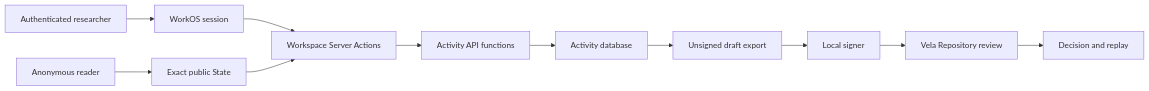
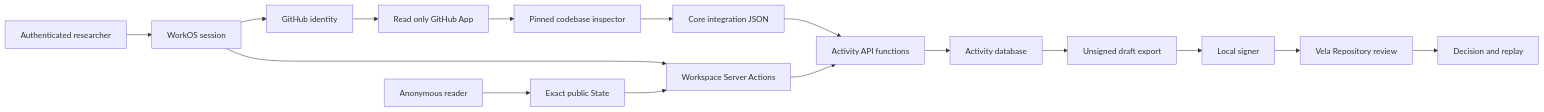
Before and after one commit to vela-science/problems: the diagram in docs/security/vela-web-threat-model.md, drawn with Mermaid. The commit also changed other lines of this file and 38 other files, not shown here.

Commit message:
Add rooted GitHub codebase onboarding

````diff
--- a/docs/security/vela-web-threat-model.md
+++ b/docs/security/vela-web-threat-model.md
@@ -151,13 +177,18 @@
 ```mermaid
 flowchart LR
   Public["Anonymous reader"] --> State["Exact public State"]
   User["Authenticated researcher"] --> Auth["WorkOS session"]
+  Auth --> Identity["GitHub identity"]
+  Identity --> App["Read only GitHub App"]
+  App --> Import["Pinned codebase inspector"]
+  Import --> Core["Core integration JSON"]
+  Core --> API
   Auth --> Actions["Workspace Server Actions"]
   State --> Actions
   Actions --> API["Activity API functions"]
   API --> DB["Activity database"]
   DB --> Export["Unsigned draft export"]
   Export --> Local["Local signer"]
   Local --> Repo["Vela Repository review"]
   Repo --> Replay["Decision and replay"]
 ```
````
